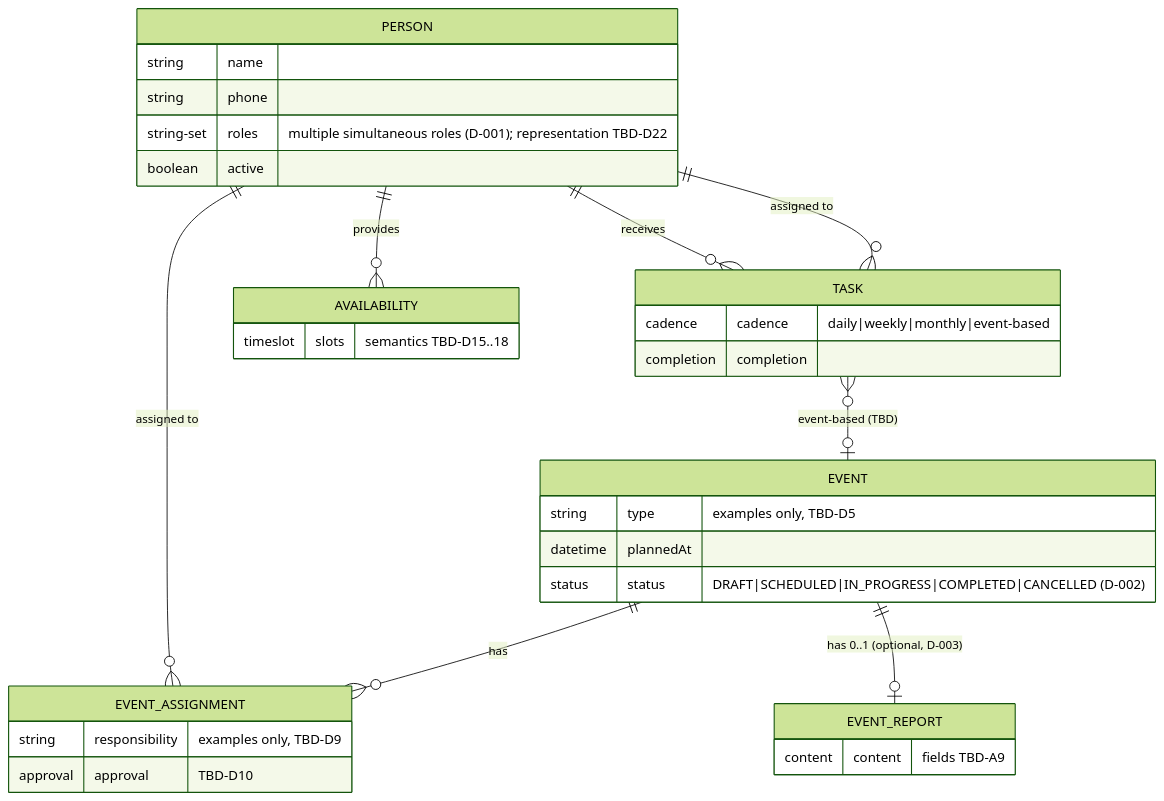
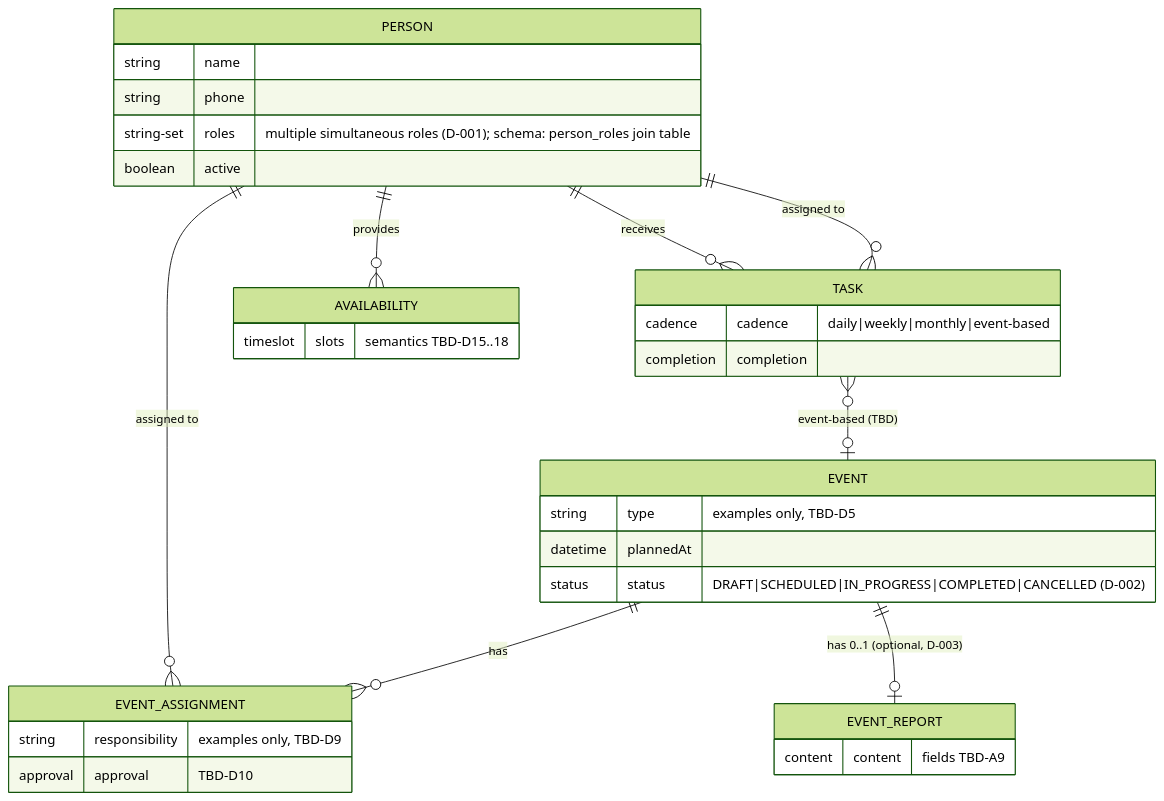
Before and after one commit to mistrs2p/ketabdan-ms: the diagram in docs/02-DOMAIN-MODEL.md, drawn with Mermaid (forest theme). The commit also changed other lines of this file and 1 other file, not shown here.

Commit message:
docs: define person creation contract

````diff
--- a/docs/02-DOMAIN-MODEL.md
+++ b/docs/02-DOMAIN-MODEL.md
@@ -248,36 +271,36 @@
 ```mermaid
 erDiagram
     PERSON ||--o{ EVENT_ASSIGNMENT : "assigned to"
     PERSON ||--o{ TASK : "receives"
     PERSON ||--o{ AVAILABILITY : "provides"
     EVENT ||--o{ EVENT_ASSIGNMENT : "has"
     EVENT ||--o| EVENT_REPORT : "has 0..1 (optional, D-003)"
     TASK }o--|| PERSON : "assigned to"
     TASK }o--o| EVENT : "event-based (TBD)"
 
     PERSON {
         string name
         string phone
-        string-set roles "multiple simultaneous roles (D-001); representation TBD-D22"
+        string-set roles "multiple simultaneous roles (D-001); schema: person_roles join table"
         boolean active
     }
     EVENT {
         string type "examples only, TBD-D5"
         datetime plannedAt
         status status "DRAFT|SCHEDULED|IN_PROGRESS|COMPLETED|CANCELLED (D-002)"
     }
     EVENT_ASSIGNMENT {
         string responsibility "examples only, TBD-D9"
         approval approval "TBD-D10"
     }
     TASK {
         cadence cadence "daily|weekly|monthly|event-based"
         completion completion
     }
     AVAILABILITY {
         timeslot slots "semantics TBD-D15..18"
     }
     EVENT_REPORT {
         content content "fields TBD-A9"
     }
 ```
````
